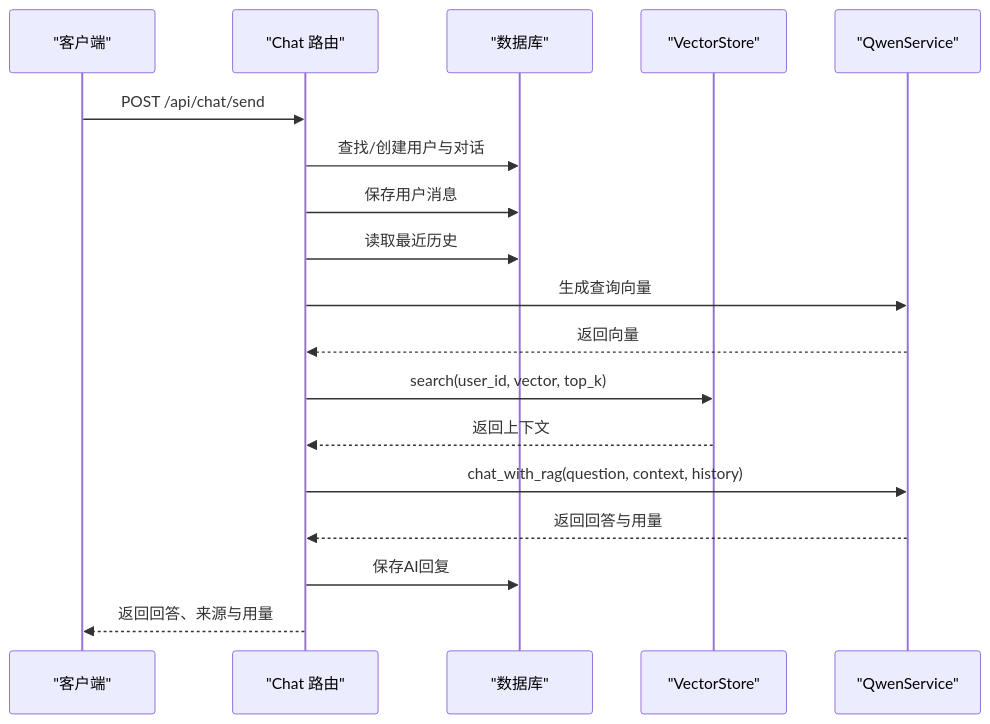
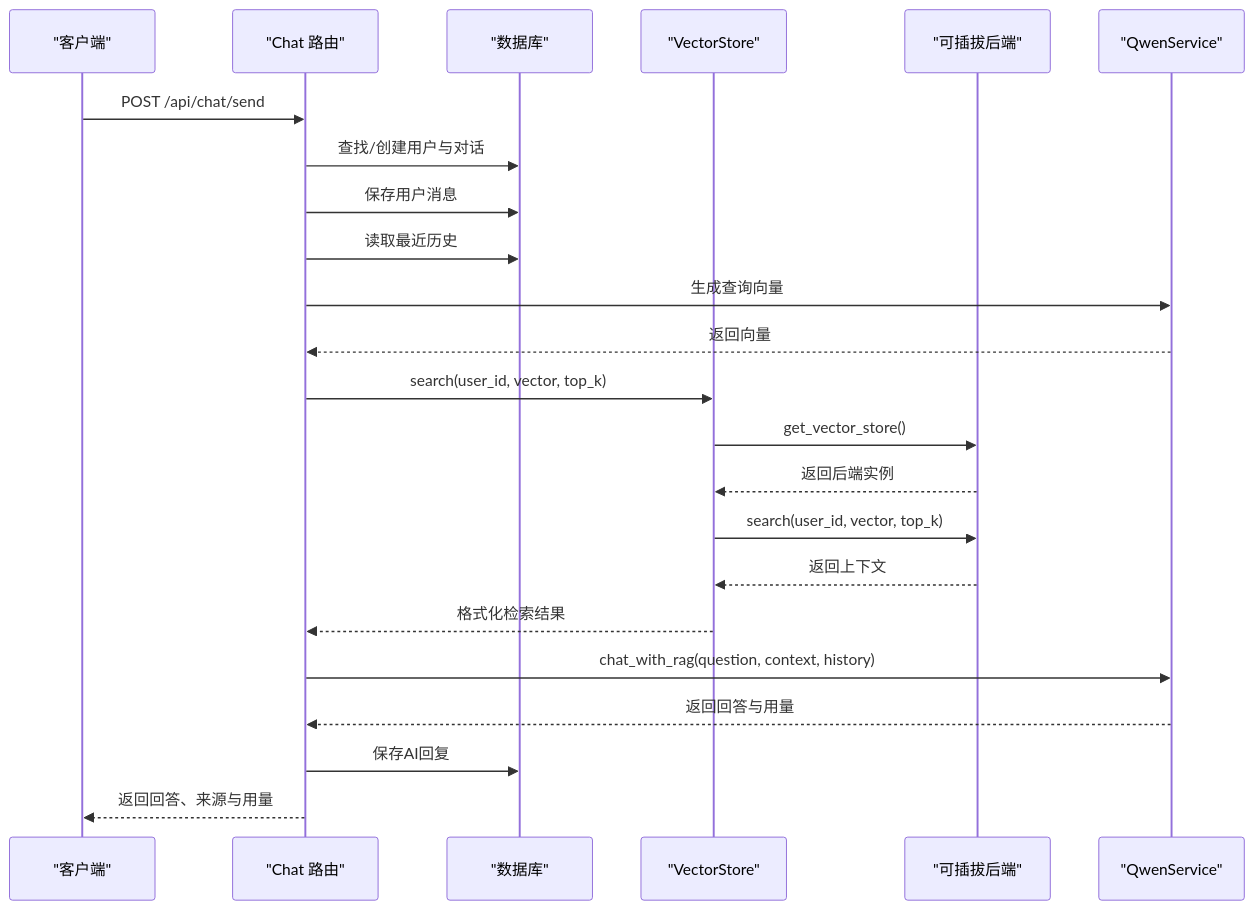
Before and after one commit to ghbbn053-ship-itsoulddog/soulddog: the sixth of 12 diagrams in .qoder/repowiki/zh/content/AI智能问答系统/向量数据库集成/向量数据库集成.md, drawn with Mermaid. The commit also changed other lines of this file and 119 other files, not shown here.

````diff
--- a/.qoder/repowiki/zh/content/AI智能问答系统/向量数据库集成/向量数据库集成.md
+++ b/.qoder/repowiki/zh/content/AI智能问答系统/向量数据库集成/向量数据库集成.md
@@ -247,20 +277,25 @@
 ```mermaid
 sequenceDiagram
 participant Client as "客户端"
 participant Chat as "Chat 路由"
 participant DB as "数据库"
 participant VS as "VectorStore"
+participant Backend as "可插拔后端"
 participant Qwen as "QwenService"
 Client->>Chat : POST /api/chat/send
 Chat->>DB : 查找/创建用户与对话
 Chat->>DB : 保存用户消息
 Chat->>DB : 读取最近历史
 Chat->>Qwen : 生成查询向量
 Qwen-->>Chat : 返回向量
 Chat->>VS : search(user_id, vector, top_k)
-VS-->>Chat : 返回上下文
+VS->>Backend : get_vector_store()
+Backend-->>VS : 返回后端实例
+VS->>Backend : search(user_id, vector, top_k)
+Backend-->>VS : 返回上下文
+VS-->>Chat : 格式化检索结果
 Chat->>Qwen : chat_with_rag(question, context, history)
 Qwen-->>Chat : 返回回答与用量
 Chat->>DB : 保存AI回复
 Chat-->>Client : 返回回答、来源与用量
 ```
````
